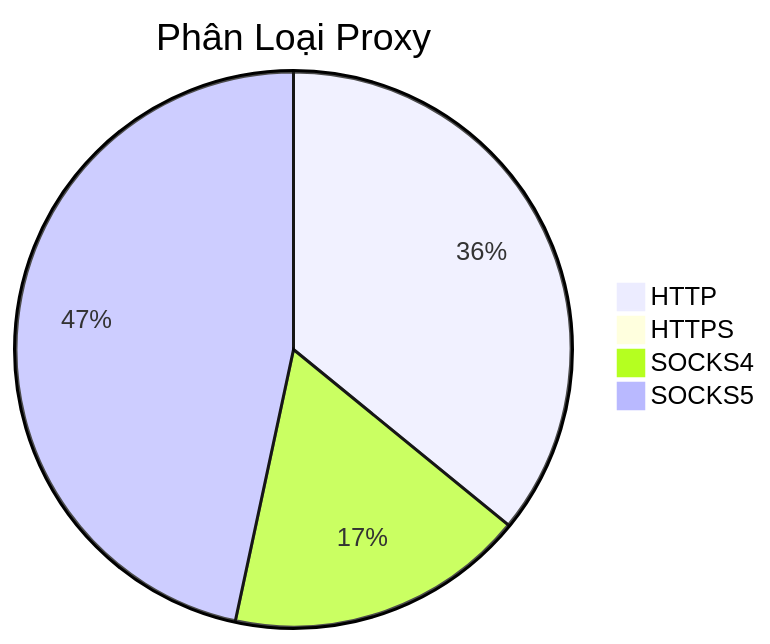
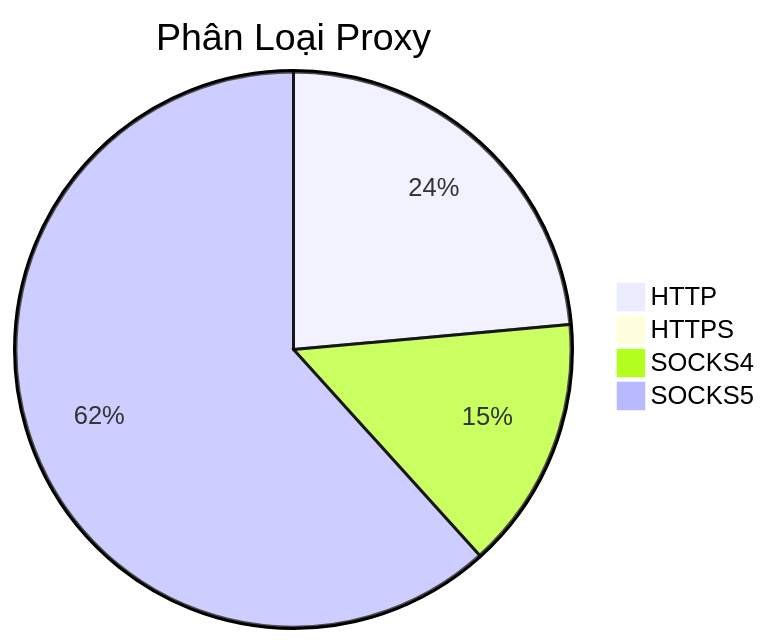
The diagram in README.md (Ciara-12/PROXY-free), drawn with Mermaid before and after one commit. The commit also changed other lines of this file and 3 other files, not shown here.

````diff
--- a/README.md
+++ b/README.md
@@ -26,7 +26,7 @@
 ```mermaid
 pie title Phân Loại Proxy
-    "HTTP" : 438
+    "HTTP" : 422
     "HTTPS" : 0
-    "SOCKS4" : 213
-    "SOCKS5" : 569
+    "SOCKS4" : 264
+    "SOCKS5" : 1105
 ```
````
